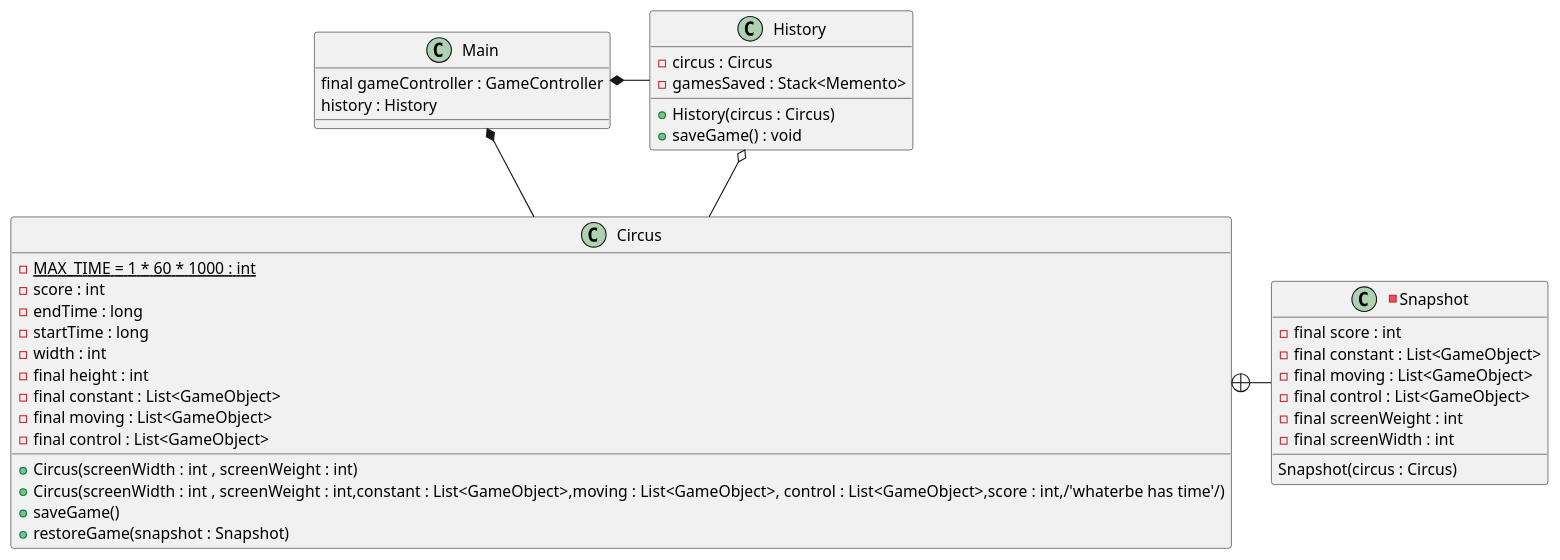
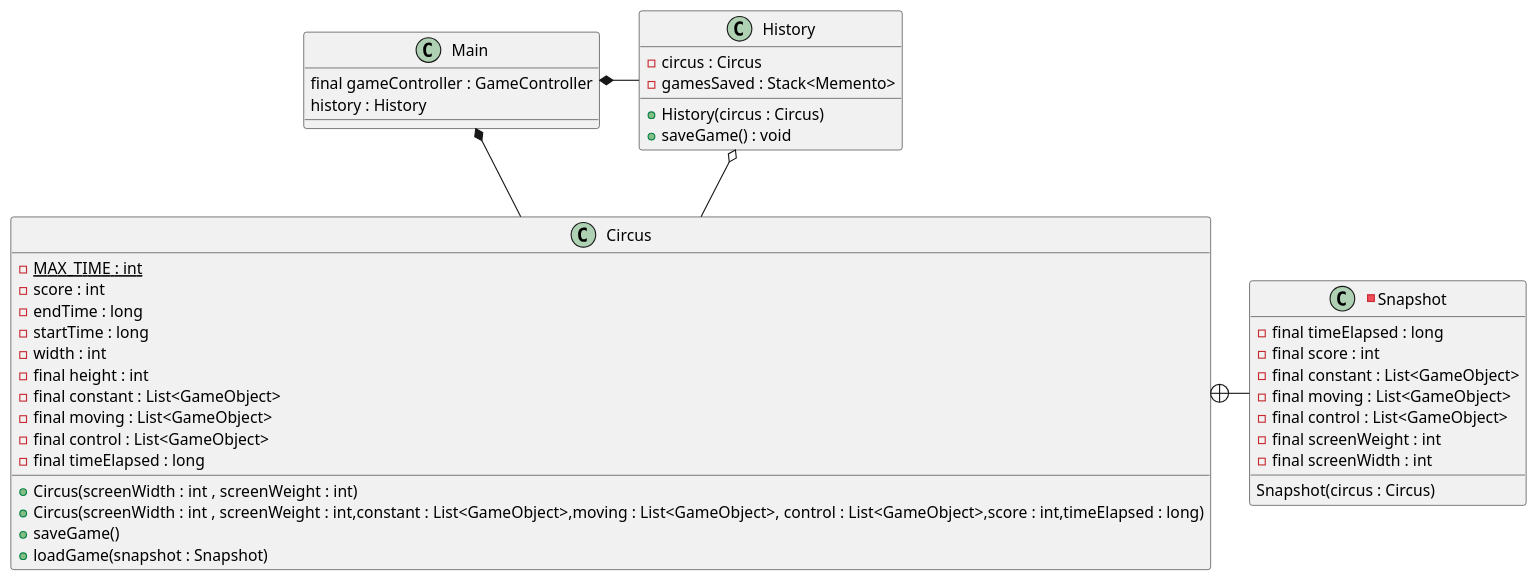
Before and after one commit to shadyalattarr/Circus-of-Plates: the diagram in UML/Design Patterns/SaveGameMemento.wsd, drawn with PlantUML. The commit also changed 1 other file, not shown here.

Commit message:
UML done

```diff
--- a/UML/Design Patterns/SaveGameMemento.wsd
+++ b/UML/Design Patterns/SaveGameMemento.wsd
@@ -1,55 +1,55 @@
 @startuml SaveGameMemento
 
 class Circus{ /'Originator want to change this'/
-    -{static} MAX_TIME = 1 * 60 * 1000 : int
+    -{static} MAX_TIME : int
     -score : int
     -endTime : long
     -startTime : long
     -width : int
     -final height : int
     -final constant : List<GameObject>
     -final moving : List<GameObject>
     -final control : List<GameObject>
-
+    -final timeElapsed : long
 
     +Circus(screenWidth : int , screenWeight : int)
-    +Circus(screenWidth : int , screenWeight : int,constant : List<GameObject>,moving : List<GameObject>, control : List<GameObject>,score : int,/'whaterbe has time'/)
+    +Circus(screenWidth : int , screenWeight : int,constant : List<GameObject>,moving : List<GameObject>, control : List<GameObject>,score : int,timeElapsed : long)
     +saveGame()
-    +restoreGame(snapshot : Snapshot)
+    +loadGame(snapshot : Snapshot)
 }
 
 /'Memento'/
 -class Snapshot{
-    /'whatever holds current time?'/
+    -final timeElapsed : long
     -final score : int
     -final constant : List<GameObject>
     -final moving : List<GameObject>
     -final control : List<GameObject>
     -final screenWeight : int
     -final screenWidth : int 
 
 
     Snapshot(circus : Circus)
 }
 
 
-/'caretaker is main?'/
+/'caretaker is history'/
 class History{
     -circus : Circus
     -gamesSaved : Stack<Memento>
 
     +History(circus : Circus)
     +saveGame() : void
 }
 
 class Main/'want to change this'/
 {
     final gameController : GameController
     history : History
 }
 Circus +- Snapshot
 History o-- Circus  
 Main *- History
 Main *-- Circus
 
 @enduml
```
